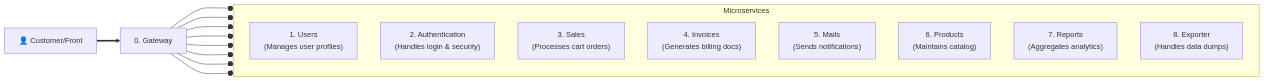
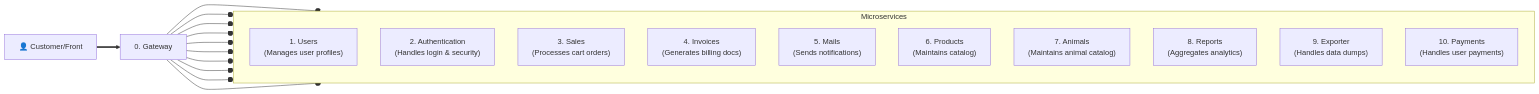
One commit to polirritmico/springboot-layout changed the diagram in README.md. Above: the diagram before and after it, drawn with Mermaid. The commit also changed other lines of this file, not shown here.

Commit message:
docs(README): add microservices & update repository table

````diff
--- a/README.md
+++ b/README.md
@@ -319,25 +320,29 @@
 ```mermaid
 graph LR
     C[👤 Customer/Front] ==> O[0. Gateway]
 
     subgraph MicroServ [Microservices]
         direction TB
         U["1. Users<br/>(Manages user profiles)"]
-        A["2. Authentication<br/>(Handles login & security)"]
+        Au["2. Authentication<br/>(Handles login & security)"]
         S["3. Sales<br/>(Processes cart orders)"]
         I["4. Invoices<br/>(Generates billing docs)"]
         M["5. Mails<br/>(Sends notifications)"]
-        P["6. Products<br/>(Maintains catalog)"]
-        R["7. Reports<br/>(Aggregates analytics)"]
-        E["8. Exporter<br/>(Handles data dumps)"]
+        Pr["6. Products<br/>(Maintains catalog)"]
+        An["7. Animals<br/>(Maintains animal catalog)"]
+        R["8. Reports<br/>(Aggregates analytics)"]
+        E["9. Exporter<br/>(Handles data dumps)"]
+        Pa["10. Payments<br/>(Handles user payments)"]
     end
 
     O ---o U
-    O ---o A
+    O ---o Au
     O ---o S
     O ---o I
     O ---o M
-    O ---o P
+    O ---o An
+    O ---o Pr
     O ---o R
     O ---o E
+    O ---o Pa
 ```
````
